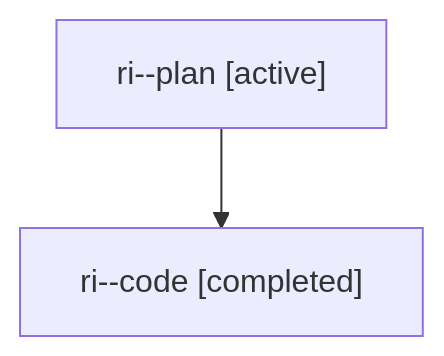
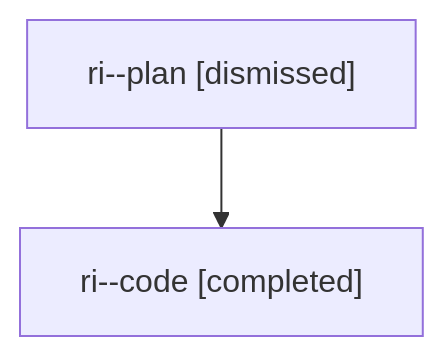
Before and after one commit to sase-org/sase--agents: the diagram in sessions/bbugyi200.athena.ri.md, drawn with Mermaid. The commit also changed other lines of this file and 106 other files, not shown here.

````diff
--- a/sessions/bbugyi200.athena.ri.md
+++ b/sessions/bbugyi200.athena.ri.md
@@ -9,6 +9,6 @@
 ```mermaid
 flowchart TD
-  n0["ri--plan [active]"]
+  n0["ri--plan [dismissed]"]
   n1["ri--code [completed]"]
   n0 --> n1
 ```
````
